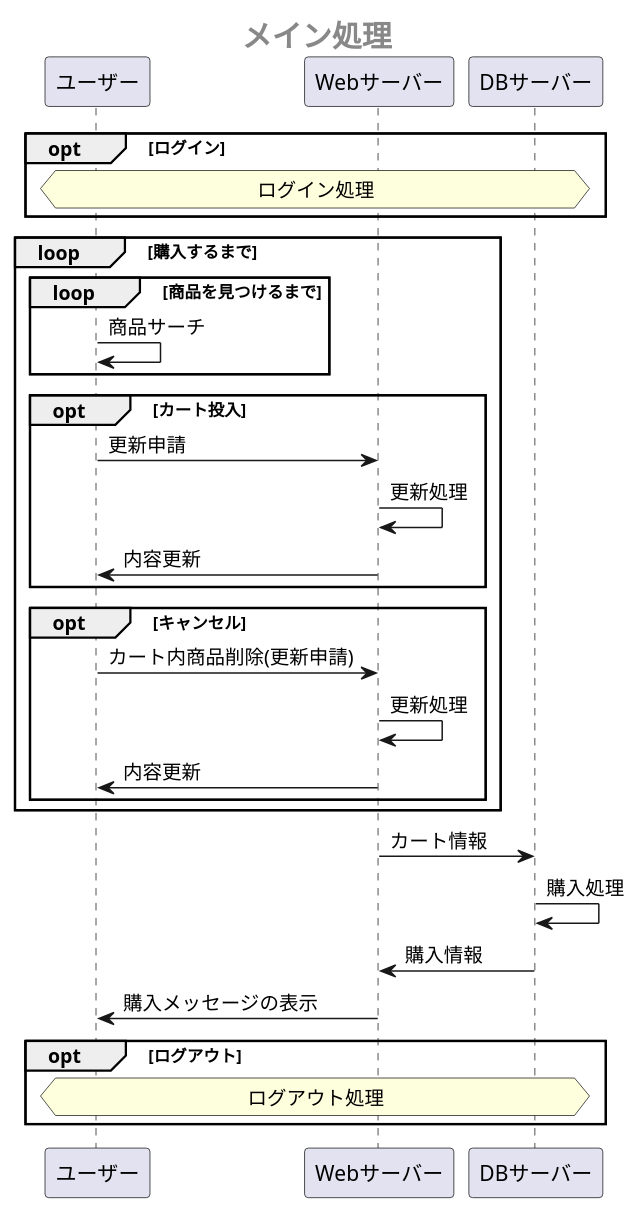
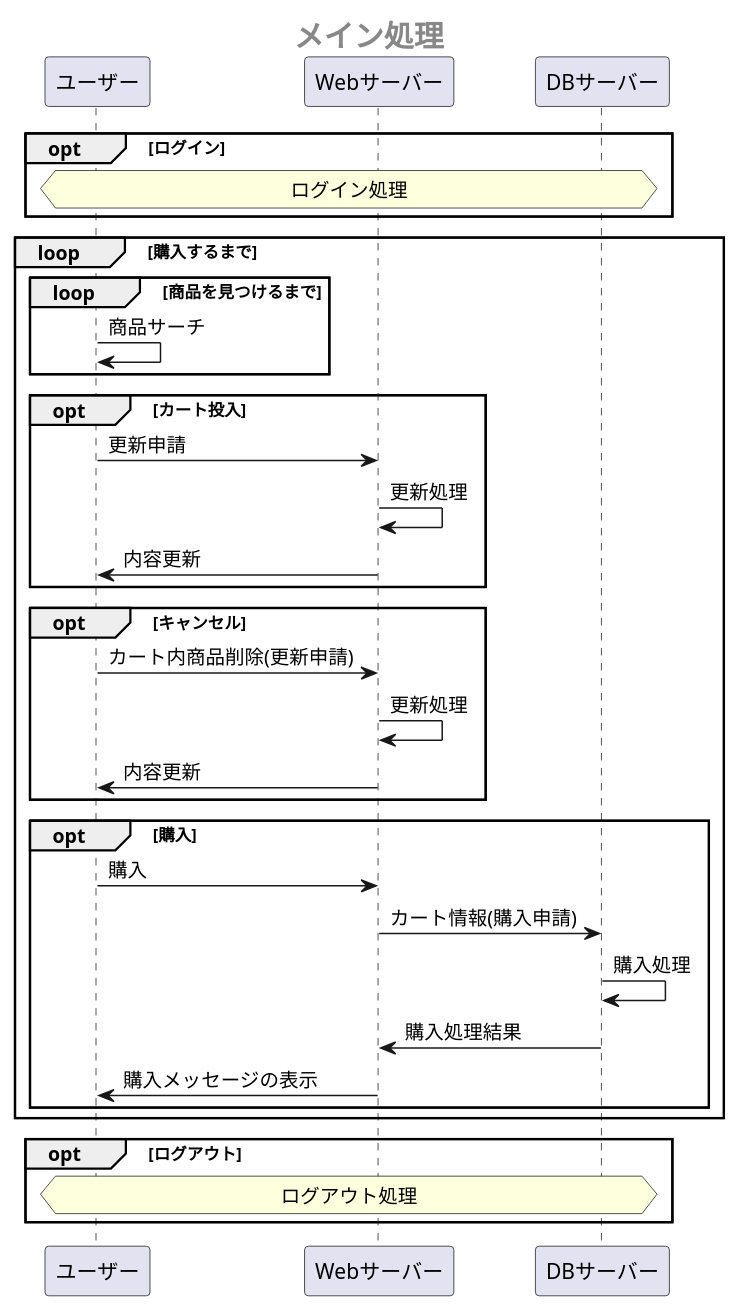
Before and after one commit to Aso2001385/2021sys-design: the first of 3 diagrams in sample/OperationFrow.md, drawn with PlantUML. The commit also changed other lines of this file, not shown here.

````diff
--- a/sample/OperationFrow.md
+++ b/sample/OperationFrow.md
@@ -1,40 +1,40 @@
 ```uml 
 @startuml 
 center header <size:20><b>メイン処理</b></size>
 
 opt ログイン
  hnote across: ログイン処理
 end
 
 loop 購入するまで
  loop 商品を見つけるまで
   ユーザー -> ユーザー:商品サーチ
  end
  
  opt カート投入
   ユーザー -> Webサーバー:更新申請
   Webサーバー -> Webサーバー:更新処理
   Webサーバー ->ユーザー:内容更新
  end
  opt キャンセル
   ユーザー -> Webサーバー:カート内商品削除(更新申請)
   Webサーバー -> Webサーバー:更新処理
   Webサーバー ->ユーザー:内容更新
  end
+ 
+ opt 購入
+  ユーザー -> Webサーバー:購入
+  Webサーバー -> DBサーバー:カート情報(購入申請)
+  DBサーバー -> DBサーバー:購入処理
+  DBサーバー -> Webサーバー:購入処理結果
+  Webサーバー ->ユーザー:購入メッセージの表示
+ end
 
 end
-
-
-Webサーバー -> DBサーバー:カート情報
-DBサーバー -> DBサーバー:購入処理
-DBサーバー -> Webサーバー:購入情報
-Webサーバー ->ユーザー:購入メッセージの表示
 
 opt ログアウト
  hnote across: ログアウト処理
 end
  
-
-
 @enduml
 ```
````
